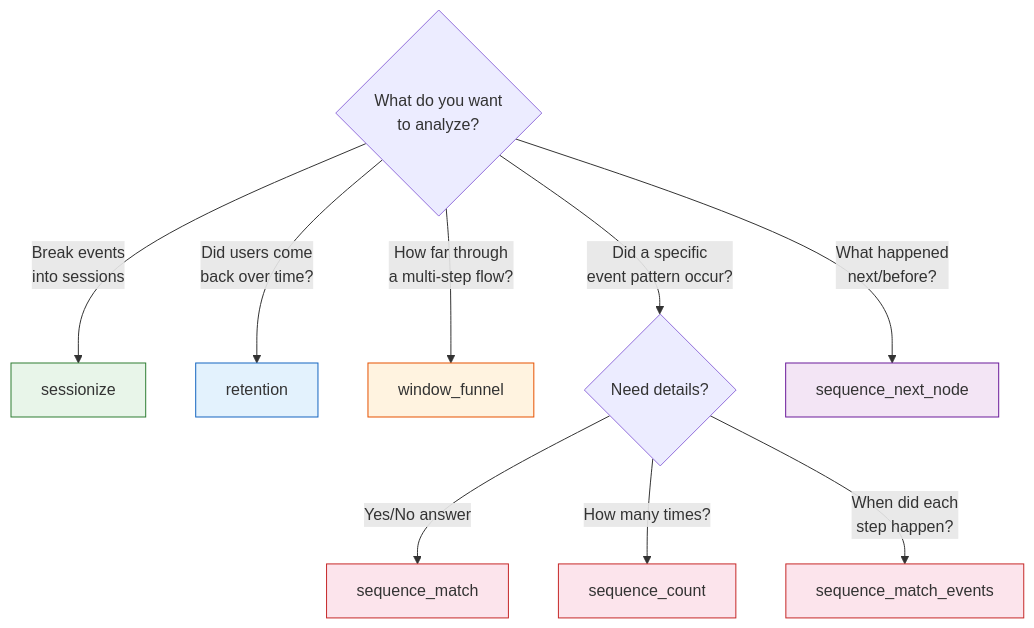
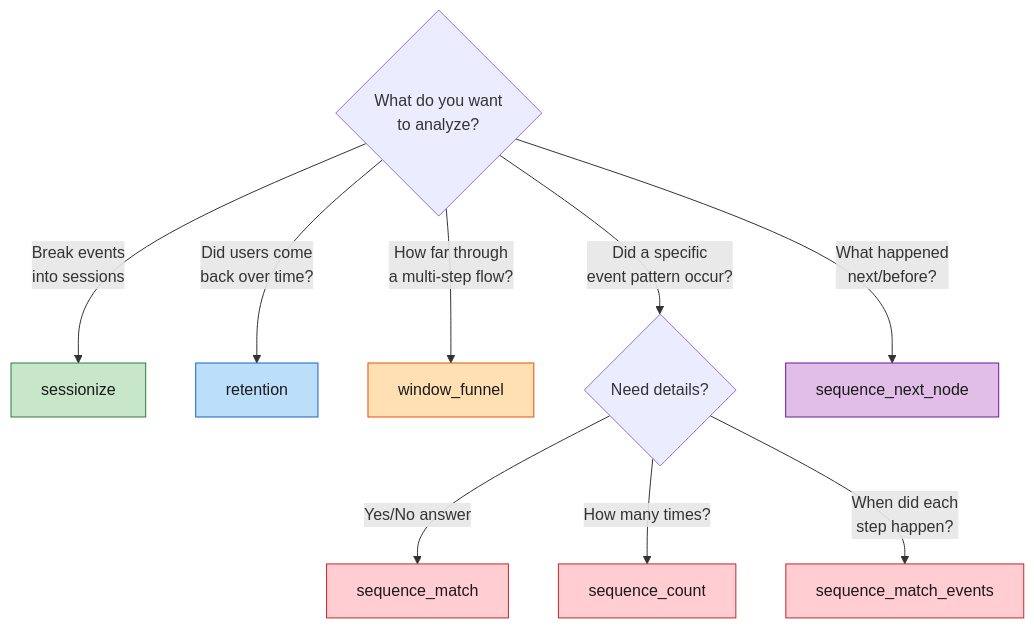
Before and after one commit to tomtom215/duckdb-behavioral: the diagram in docs/src/index.md, drawn with Mermaid. The commit also changed other lines of this file and 33 other files, not shown here.

````diff
--- a/docs/src/index.md
+++ b/docs/src/index.md
@@ -135,20 +135,20 @@
 ```mermaid
 flowchart TD
     Q{What do you want<br/>to analyze?}
     Q -->|"Break events<br/>into sessions"| S["sessionize"]
     Q -->|"Did users come<br/>back over time?"| R["retention"]
     Q -->|"How far through<br/>a multi-step flow?"| WF["window_funnel"]
     Q -->|"Did a specific<br/>event pattern occur?"| SM{Need details?}
     SM -->|"Yes/No answer"| SEQ["sequence_match"]
     SM -->|"How many times?"| SC["sequence_count"]
     SM -->|"When did each<br/>step happen?"| SME["sequence_match_events"]
     Q -->|"What happened<br/>next/before?"| SNN["sequence_next_node"]
 
-    style S fill:#e8f5e9,stroke:#2e7d32
-    style R fill:#e3f2fd,stroke:#1565c0
-    style WF fill:#fff3e0,stroke:#e65100
-    style SEQ fill:#fce4ec,stroke:#c62828
-    style SC fill:#fce4ec,stroke:#c62828
-    style SME fill:#fce4ec,stroke:#c62828
-    style SNN fill:#f3e5f5,stroke:#6a1b9a
+    style S fill:#c8e6c9,stroke:#2e7d32,color:#1a1a1a
+    style R fill:#bbdefb,stroke:#1565c0,color:#1a1a1a
+    style WF fill:#ffe0b2,stroke:#e65100,color:#1a1a1a
+    style SEQ fill:#ffcdd2,stroke:#c62828,color:#1a1a1a
+    style SC fill:#ffcdd2,stroke:#c62828,color:#1a1a1a
+    style SME fill:#ffcdd2,stroke:#c62828,color:#1a1a1a
+    style SNN fill:#e1bee7,stroke:#6a1b9a,color:#1a1a1a
 ```
````
